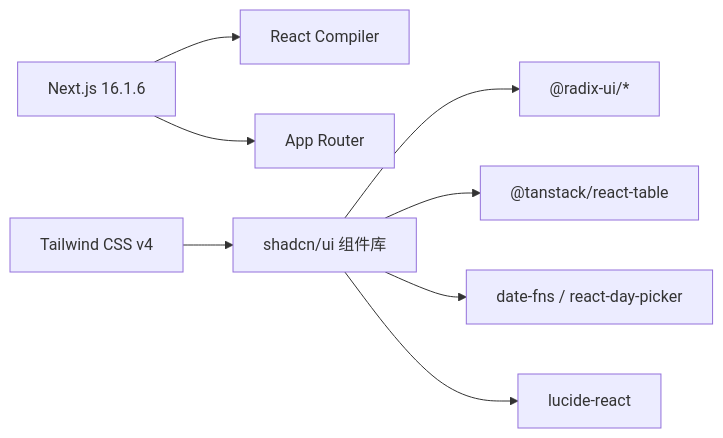
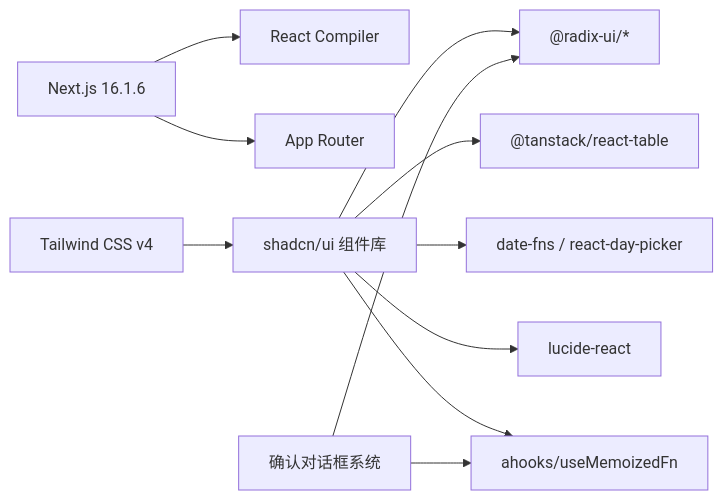
One commit to RadiumAg/AIGate changed the seventh of 7 diagrams in .qoder/repowiki/zh/content/前端组件/前端组件.md. Above: the diagram before and after it, drawn with Mermaid. The commit also changed other lines of this file and 3 other files, not shown here.

````diff
--- a/.qoder/repowiki/zh/content/前端组件/前端组件.md
+++ b/.qoder/repowiki/zh/content/前端组件/前端组件.md
@@ -336,10 +443,13 @@
 ```mermaid
 graph LR
 N["Next.js 16.1.6"] --> R["React Compiler"]
 N --> APP["App Router"]
 TW["Tailwind CSS v4"] --> UI["shadcn/ui 组件库"]
 UI --> RADIX["@radix-ui/*"]
 UI --> TABLE["@tanstack/react-table"]
 UI --> DATE["date-fns / react-day-picker"]
 UI --> ICON["lucide-react"]
+UI --> AH["ahooks/useMemoizedFn"]
+CONF["确认对话框系统"] --> RADIX
+CONF --> AH
 ```
````
